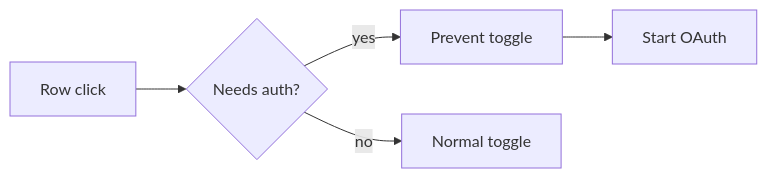
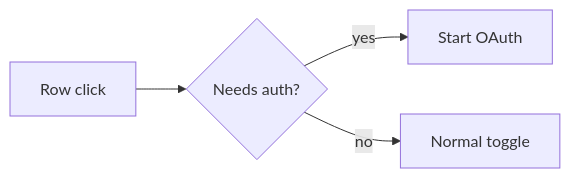
Before and after one commit to skcache/prnotes: the diagram in SKILL.md, drawn with Mermaid. The commit also changed other lines of this file, not shown here.

````diff
--- a/SKILL.md
+++ b/SKILL.md
@@ -109,7 +143,6 @@
 ```mermaid
 flowchart LR
     A[Row click] --> B{Needs auth?}
-    B -- yes --> C[Prevent toggle]
-    C --> D[Start OAuth]
-    B -- no --> E[Normal toggle]
+    B -- yes --> C[Start OAuth]
+    B -- no --> D[Normal toggle]
 ```
````
